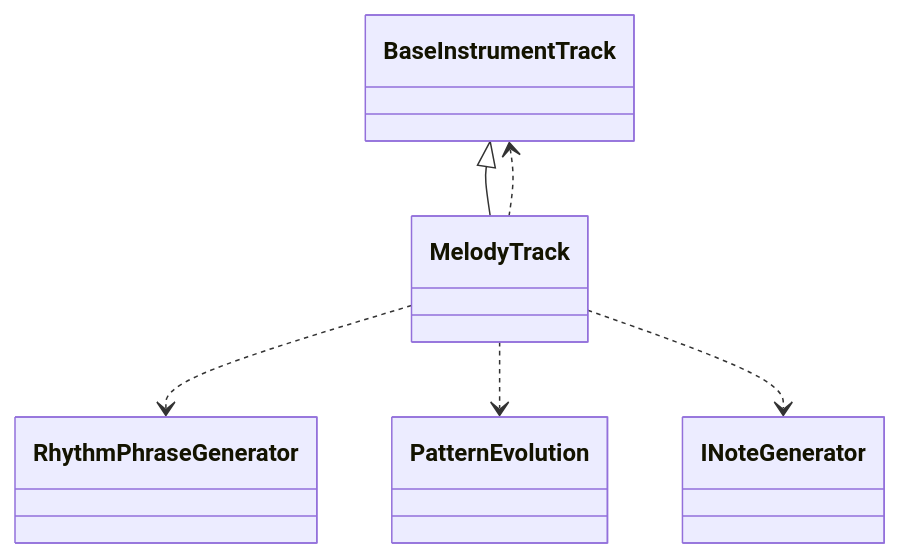
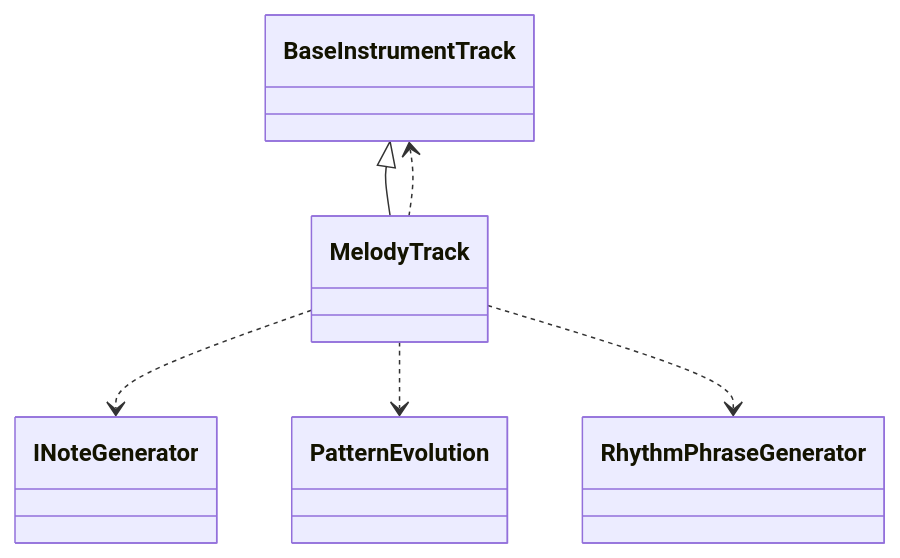
Before and after one commit to schnock-art/project_inspector: the fourth of 31 diagrams in test/test.md, drawn with Mermaid. The commit also changed other lines of this file and 1 other file, not shown here.

````diff
--- a/test/test.md
+++ b/test/test.md
@@ -199,8 +209,8 @@
 ```mermaid
 classDiagram
 BaseInstrumentTrack <|-- MelodyTrack
+MelodyTrack ..> BaseInstrumentTrack
+MelodyTrack ..> INoteGenerator
+MelodyTrack ..> PatternEvolution
 MelodyTrack ..> RhythmPhraseGenerator
-MelodyTrack ..> PatternEvolution
-MelodyTrack ..> INoteGenerator
-MelodyTrack ..> BaseInstrumentTrack
 ```
````
